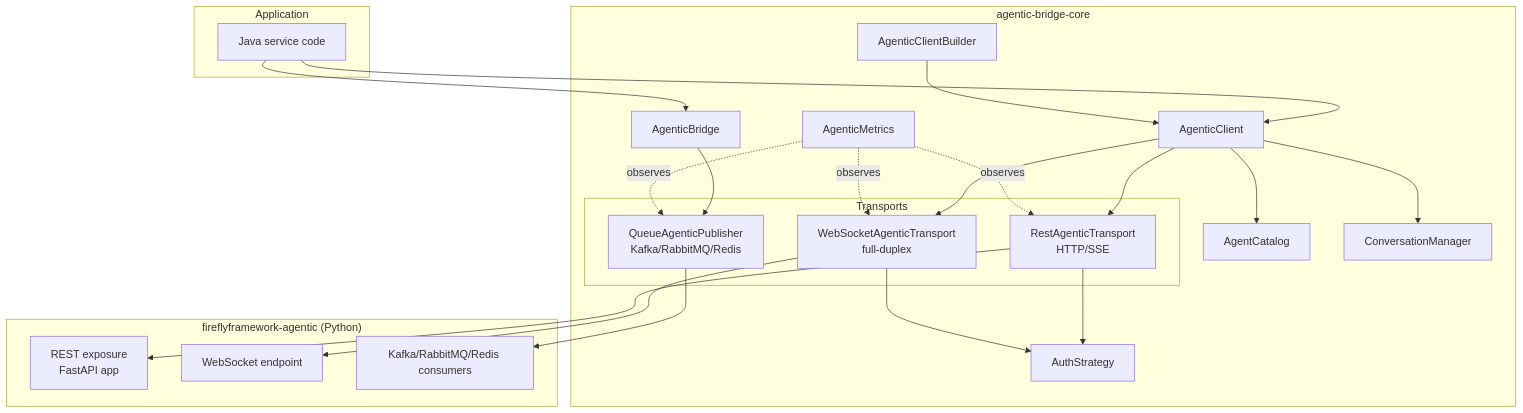
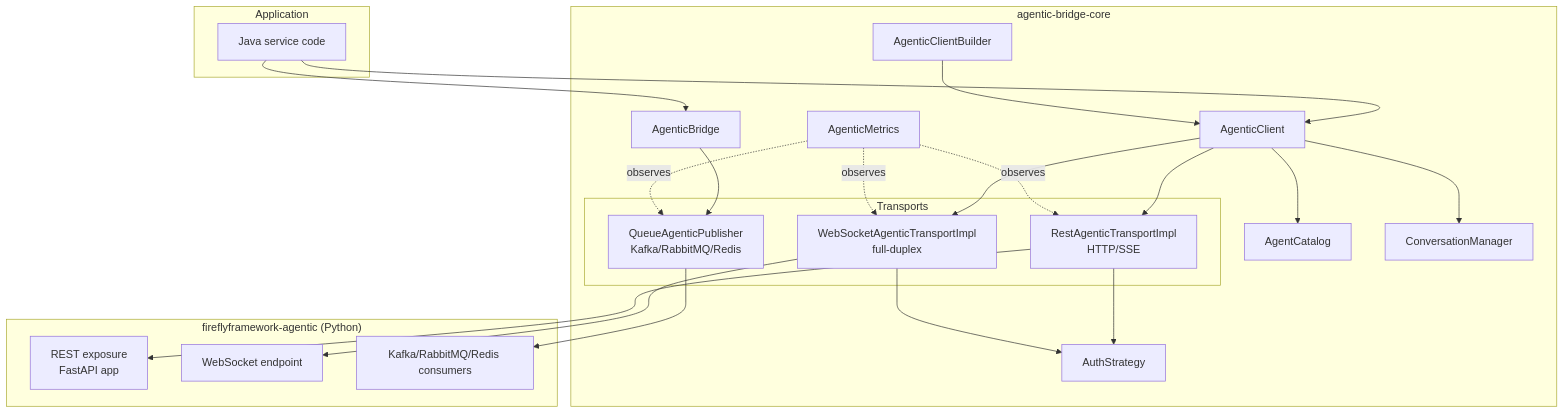
The diagram in modules/agentic-bridge/docs/ARCHITECTURE.md (fireflyframework/fireflyframework-jafly), drawn with Mermaid before and after one commit. The commit also changed 1166 other files, not shown here.

````diff
--- a/modules/agentic-bridge/docs/ARCHITECTURE.md
+++ b/modules/agentic-bridge/docs/ARCHITECTURE.md
@@ -91,45 +91,45 @@
 ```mermaid
 graph TD
     subgraph Application
         APP[Java service code]
     end
 
     subgraph "agentic-bridge-core"
         CLIENT[AgenticClient]
         BUILDER[AgenticClientBuilder]
         BRIDGE[AgenticBridge]
         CATALOG[AgentCatalog]
         CONV[ConversationManager]
         AUTH[AuthStrategy]
         METRICS[AgenticMetrics]
 
         subgraph Transports
-            REST[RestAgenticTransport<br/>HTTP/SSE]
-            WS[WebSocketAgenticTransport<br/>full-duplex]
+            REST[RestAgenticTransportImpl<br/>HTTP/SSE]
+            WS[WebSocketAgenticTransportImpl<br/>full-duplex]
             QUEUE[QueueAgenticPublisher<br/>Kafka/RabbitMQ/Redis]
         end
     end
 
     subgraph "fireflyframework-agentic (Python)"
         EXP[REST exposure<br/>FastAPI app]
         WSEND[WebSocket endpoint]
         QCONS[Kafka/RabbitMQ/Redis consumers]
     end
 
     APP --> CLIENT
     APP --> BRIDGE
     BUILDER --> CLIENT
     CLIENT --> REST
     CLIENT --> WS
     BRIDGE --> QUEUE
     REST --> EXP
     WS --> WSEND
     QUEUE --> QCONS
     CLIENT --> CATALOG
     CLIENT --> CONV
     REST --> AUTH
     WS --> AUTH
     METRICS -.observes.-> REST
     METRICS -.observes.-> WS
     METRICS -.observes.-> QUEUE
 ```
````
